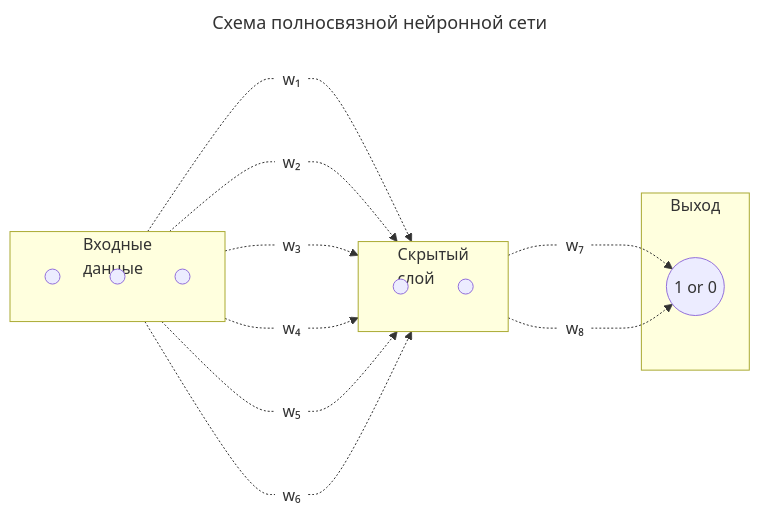
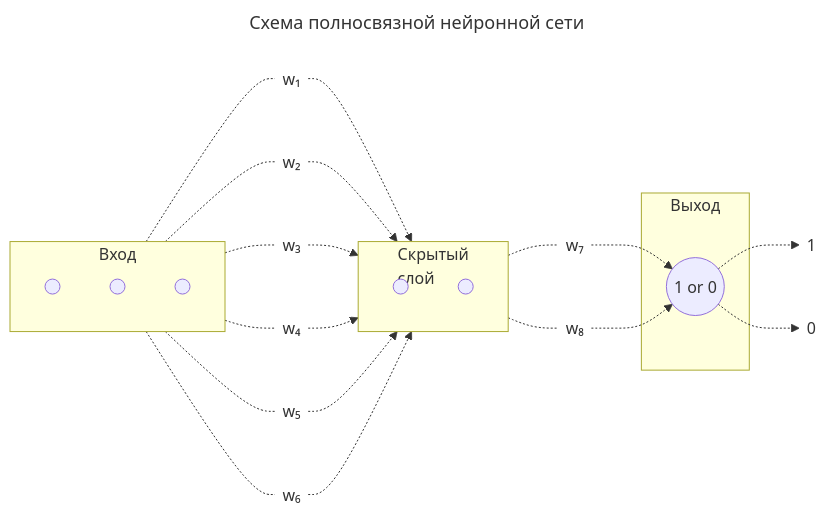
The diagram in readme.md (denisbolshakoff/Automation_of_prereview_of_scientific_manuscripts), drawn with Mermaid before and after one commit.

Commit message:
исправлен readme.md файл

````diff
--- a/readme.md
+++ b/readme.md
@@ -29,50 +29,57 @@
 ```mermaid
 ---
 title: Схема полносвязной нейронной сети
 ---
 
 graph LR
 
 classDef nofill fill:none, stroke:none;
 
 
-    subgraph Clients[Входные<br/>данные]
+    subgraph Clients[Вход]
         direction TB
 	 A1((" ")) 
 	 A2((" "))
 	 A3((" "))
  	end
 
 	subgraph Hidden[Скрытый<br/>слой]
 	direction TB
 	 B1((" "))
 	 B2((" "))
 	end
 
 	subgraph exit[Выход]
-	 C1(("1 or 0"))
+	 C1((" "))
 	end
 
 
 	L1(("w₁")):::nofill
 	L2(("w₂")):::nofill
 	L3(("w₃")):::nofill
 	L4(("w₄")):::nofill
 	L5(("w₅")):::nofill
 	L6(("w₆")):::nofill
 	L7(("w₇")):::nofill
 	L8(("w₈")):::nofill
+
+	L9(("1")):::nofill
+	L10(("0")):::nofill
 	
 	 A1 -.-L1-.-> B1
 	 A2 -.-L2-.-> B1
 	 A3 -.-L3-.-> B1
 
 	 A1-.-L4-.->B2
 	 A2-.-L5-.->B2
 	 A3-.-L6-.->B2
 
 
+	 C1 -.-> L9
+	 C1 -.-> L10
+
+
 	 B1-.-L7-.->C1(("1 or 0"))
 	 B2-.-L8-.->C1
 
 ```
````
